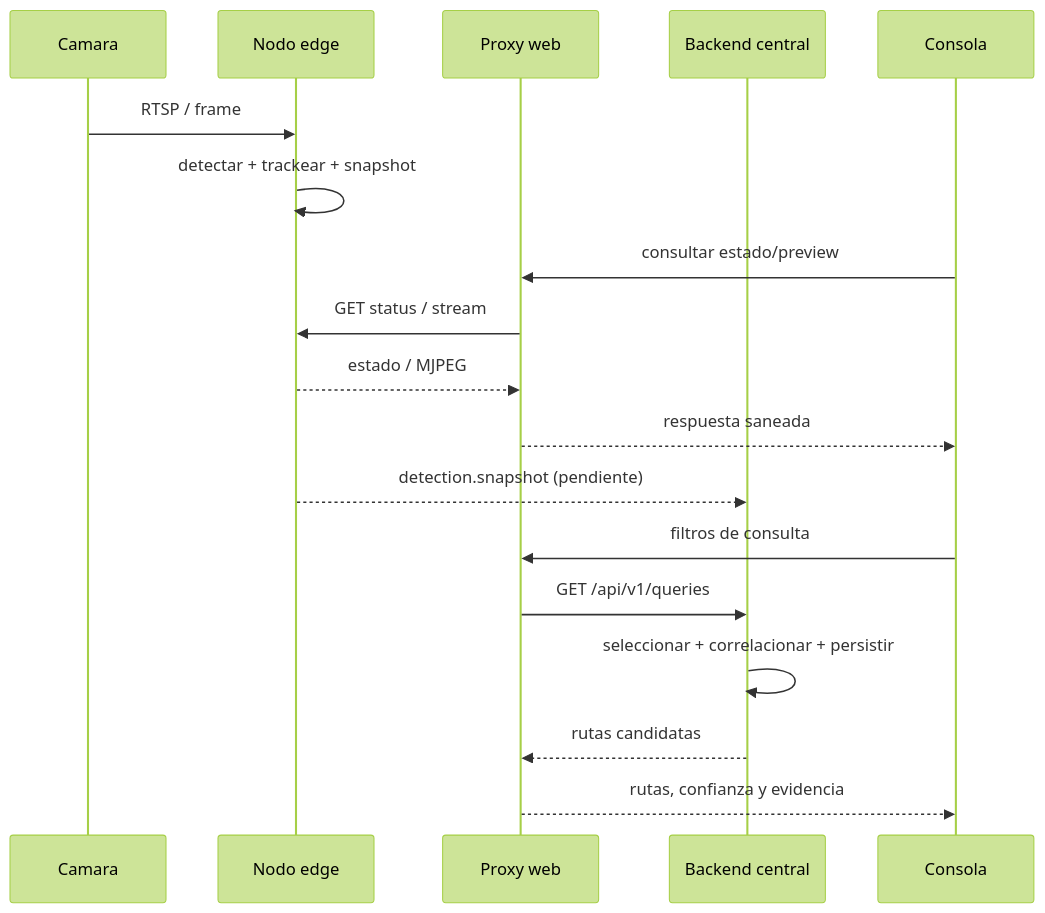
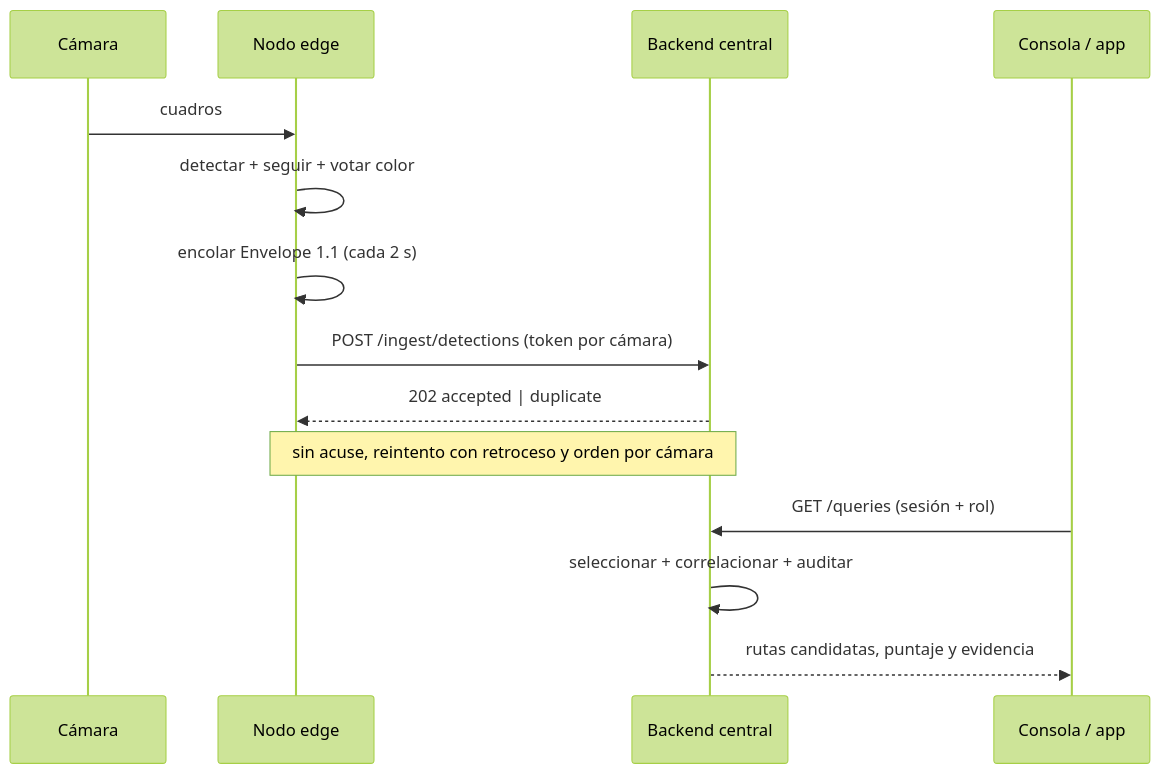
Before and after one commit to cfvizcaino/py_vigia: the third of 4 diagrams in SegundoInforme.md, drawn with Mermaid (forest theme). The commit also changed other lines of this file and 11 other files, not shown here.

````diff
--- a/SegundoInforme.md
+++ b/SegundoInforme.md
@@ -290,20 +412,16 @@
 ```mermaid
 sequenceDiagram
-    participant Cam as Camara
+    participant Cam as Cámara
     participant Edge as Nodo edge
-    participant Proxy as Proxy web
     participant Core as Backend central
-    participant UI as Consola
-    Cam->>Edge: RTSP / frame
-    Edge->>Edge: detectar + trackear + snapshot
-    UI->>Proxy: consultar estado/preview
-    Proxy->>Edge: GET status / stream
-    Edge-->>Proxy: estado / MJPEG
-    Proxy-->>UI: respuesta saneada
-    Edge-->>Core: detection.snapshot (pendiente)
-    UI->>Proxy: filtros de consulta
-    Proxy->>Core: GET /api/v1/queries
-    Core->>Core: seleccionar + correlacionar + persistir
-    Core-->>Proxy: rutas candidatas
-    Proxy-->>UI: rutas, confianza y evidencia
+    participant UI as Consola / app
+    Cam->>Edge: cuadros
+    Edge->>Edge: detectar + seguir + votar color
+    Edge->>Edge: encolar Envelope 1.1 (cada 2 s)
+    Edge->>Core: POST /ingest/detections (token por cámara)
+    Core-->>Edge: 202 accepted | duplicate
+    Note over Edge,Core: sin acuse, reintento con retroceso y orden por cámara
+    UI->>Core: GET /queries (sesión + rol)
+    Core->>Core: seleccionar + correlacionar + auditar
+    Core-->>UI: rutas candidatas, puntaje y evidencia
 ```
````
